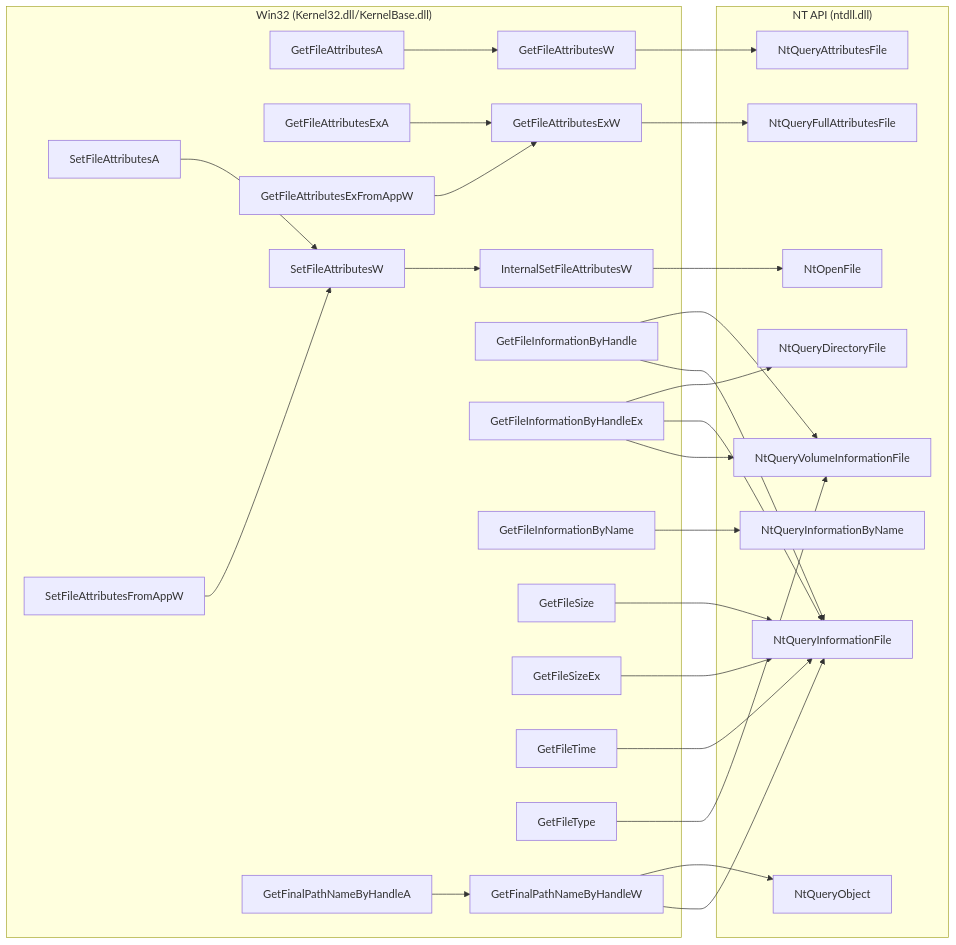
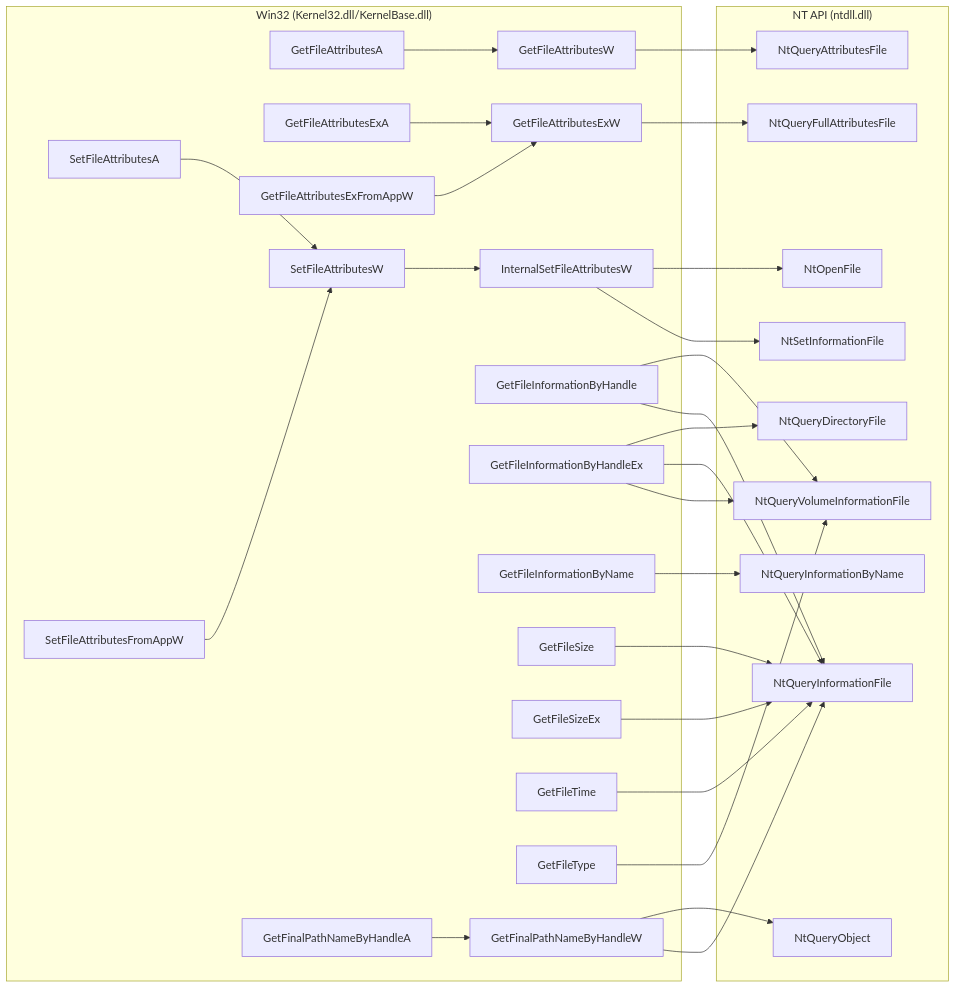
The fifth of 10 diagrams in docs/index.md (Sewer56/vfs-writeup), drawn with Mermaid before and after one commit.

Commit message:
Added: Missing SetFileAttributes call to NtSetInformationFile

````diff
--- a/docs/index.md
+++ b/docs/index.md
@@ -406,58 +406,59 @@
 ```mermaid
 flowchart LR
     subgraph Win32["Win32 (Kernel32.dll/KernelBase.dll)"]
     GetFileAttributesA
     GetFileAttributesExA
     GetFileAttributesExFromAppW
     GetFileAttributesExW
     GetFileAttributesW
     SetFileAttributesA
     SetFileAttributesFromAppW
     SetFileAttributesW
     InternalSetFileAttributesW
     GetFileInformationByHandle
     GetFileInformationByHandleEx
     GetFileInformationByName
     GetFileSize
     GetFileSizeEx
     GetFileTime
     GetFileType
     GetFinalPathNameByHandleA
     GetFinalPathNameByHandleW
 
     GetFileAttributesA --> GetFileAttributesW
     GetFileAttributesExA --> GetFileAttributesExW
     GetFileAttributesExFromAppW --> GetFileAttributesExW
     SetFileAttributesA --> SetFileAttributesW
     SetFileAttributesFromAppW --> SetFileAttributesW
     SetFileAttributesW --> InternalSetFileAttributesW
     GetFinalPathNameByHandleA --> GetFinalPathNameByHandleW
     end
 
     subgraph NT["NT API (ntdll.dll)"]
     NtQueryAttributesFile
     NtQueryFullAttributesFile
     NtQueryInformationFile
     NtQueryInformationByName
     NtQueryVolumeInformationFile
     NtQueryDirectoryFile
     NtQueryObject
     NtOpenFile
 
     GetFileAttributesExW --> NtQueryFullAttributesFile
     GetFileAttributesW --> NtQueryAttributesFile
     InternalSetFileAttributesW --> NtOpenFile
+    InternalSetFileAttributesW --> NtSetInformationFile
     GetFileInformationByHandle --> NtQueryVolumeInformationFile
     GetFileInformationByHandle --> NtQueryInformationFile
     GetFileInformationByHandleEx --> NtQueryDirectoryFile
     GetFileInformationByHandleEx --> NtQueryInformationFile
     GetFileInformationByHandleEx --> NtQueryVolumeInformationFile
     GetFileInformationByName --> NtQueryInformationByName
     GetFileSize --> NtQueryInformationFile
     GetFileSizeEx --> NtQueryInformationFile
     GetFileTime --> NtQueryInformationFile
     GetFileType --> NtQueryVolumeInformationFile
     GetFinalPathNameByHandleW --> NtQueryObject
     GetFinalPathNameByHandleW --> NtQueryInformationFile
     end
 ```
````
